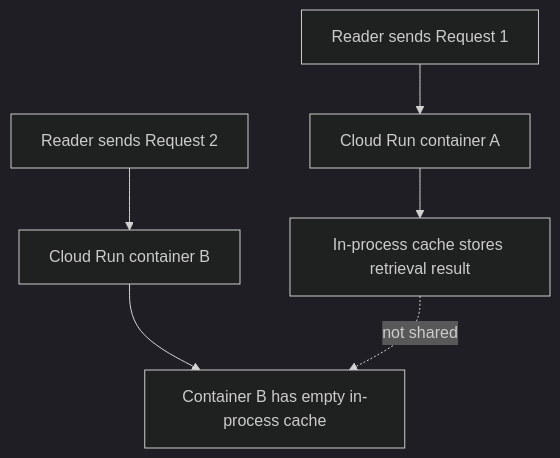
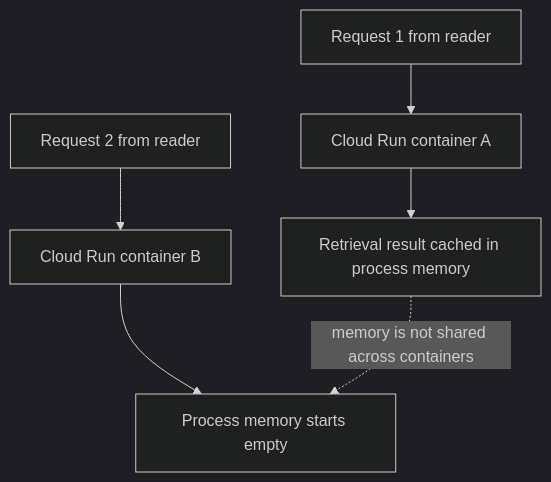
One commit to mohitagr18/ch10-cloud-agent-patterns changed the diagram in workflow/01-local-failure.md. Above: the diagram before and after it, drawn with Mermaid (dark theme). The commit also changed other lines of this file, not shown here.

Commit message:
Polish workflow captions and Mermaid labels for publisher-friendly chapter figures

````diff
--- a/workflow/01-local-failure.md
+++ b/workflow/01-local-failure.md
@@ -11,9 +11,9 @@
 ```mermaid
 flowchart TD
-    A[Reader sends Request 1] --> B[Cloud Run container A]
-    B --> C[In-process cache stores retrieval result]
-    D[Reader sends Request 2] --> E[Cloud Run container B]
-    E --> F[Container B has empty in-process cache]
+    A[Request 1 from reader] --> B[Cloud Run container A]
+    B --> C[Retrieval result cached in process memory]
+    D[Request 2 from reader] --> E[Cloud Run container B]
+    E --> F[Process memory starts empty]
 
-    C -.not shared.-> F
+    C -.memory is not shared across containers.-> F
 ```
````
